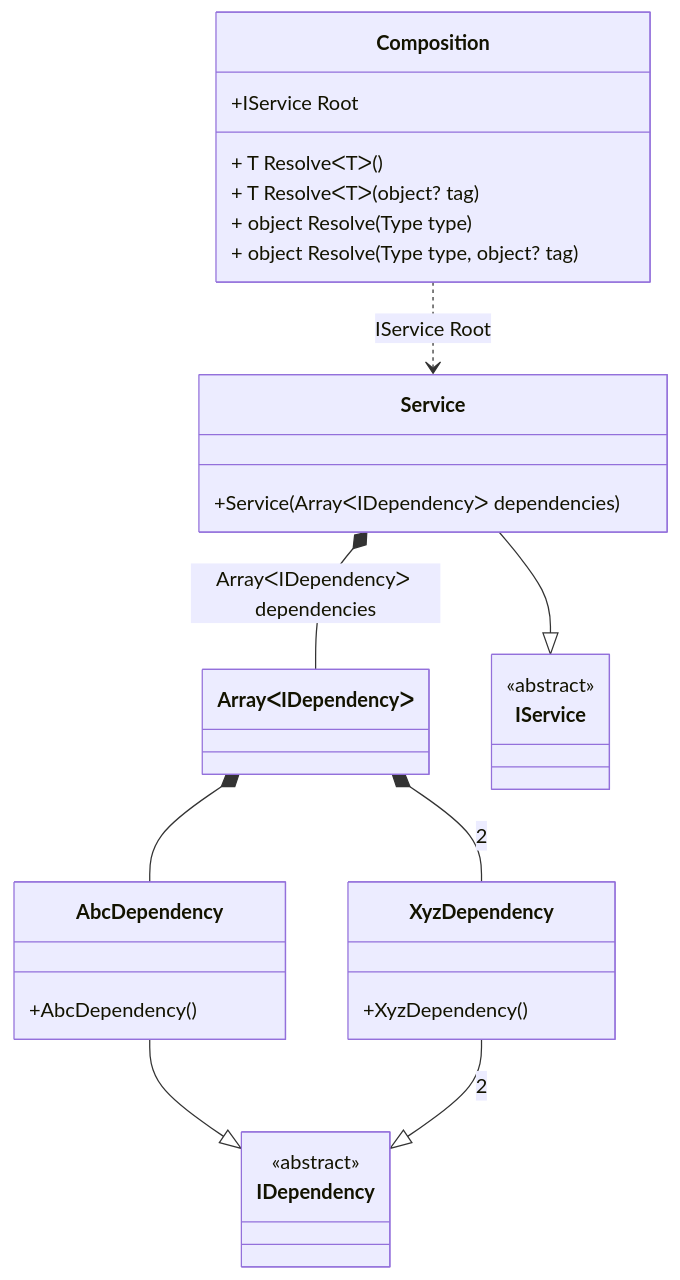
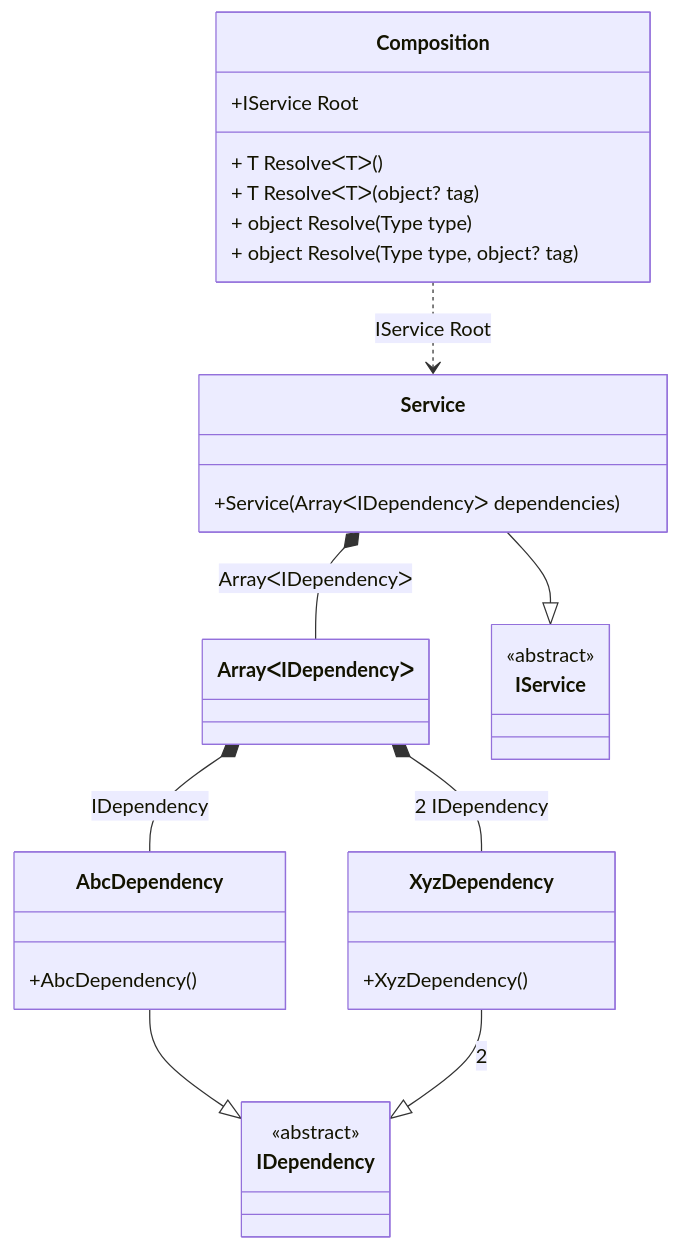
Before and after one commit to DevTeam/Pure.DI: the diagram in readme/array.md, drawn with Mermaid. The commit also changed other lines of this file and 84 other files, not shown here.

````diff
--- a/readme/array.md
+++ b/readme/array.md
@@ -42,33 +42,33 @@
 ```mermaid
 classDiagram
   class Composition {
     +IService Root
     + T ResolveᐸTᐳ()
     + T ResolveᐸTᐳ(object? tag)
     + object Resolve(Type type)
     + object Resolve(Type type, object? tag)
   }
   class ArrayᐸIDependencyᐳ
   Service --|> IService : 
   class Service {
     +Service(ArrayᐸIDependencyᐳ dependencies)
   }
   AbcDependency --|> IDependency : 
   class AbcDependency {
     +AbcDependency()
   }
   XyzDependency --|> IDependency : 2 
   class XyzDependency {
     +XyzDependency()
   }
   class IService {
     <<abstract>>
   }
   class IDependency {
     <<abstract>>
   }
-  ArrayᐸIDependencyᐳ *--  AbcDependency : 
-  ArrayᐸIDependencyᐳ *--  XyzDependency : 2  
-  Service *--  ArrayᐸIDependencyᐳ : ArrayᐸIDependencyᐳ dependencies
+  ArrayᐸIDependencyᐳ *--  AbcDependency : IDependency
+  ArrayᐸIDependencyᐳ *--  XyzDependency : 2  IDependency
+  Service *--  ArrayᐸIDependencyᐳ : ArrayᐸIDependencyᐳ
   Composition ..> Service : IService Root
 ```
````
